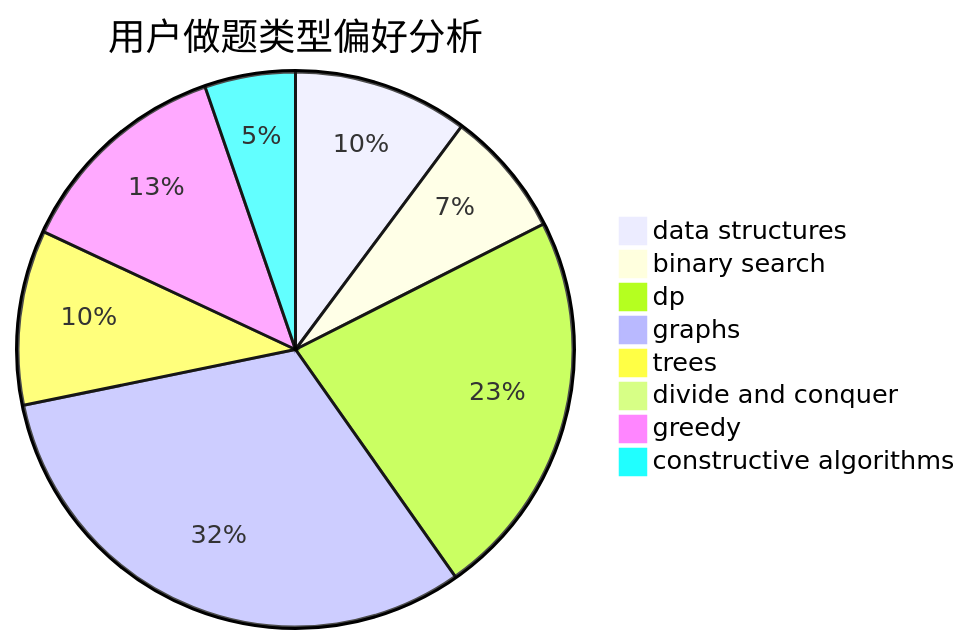
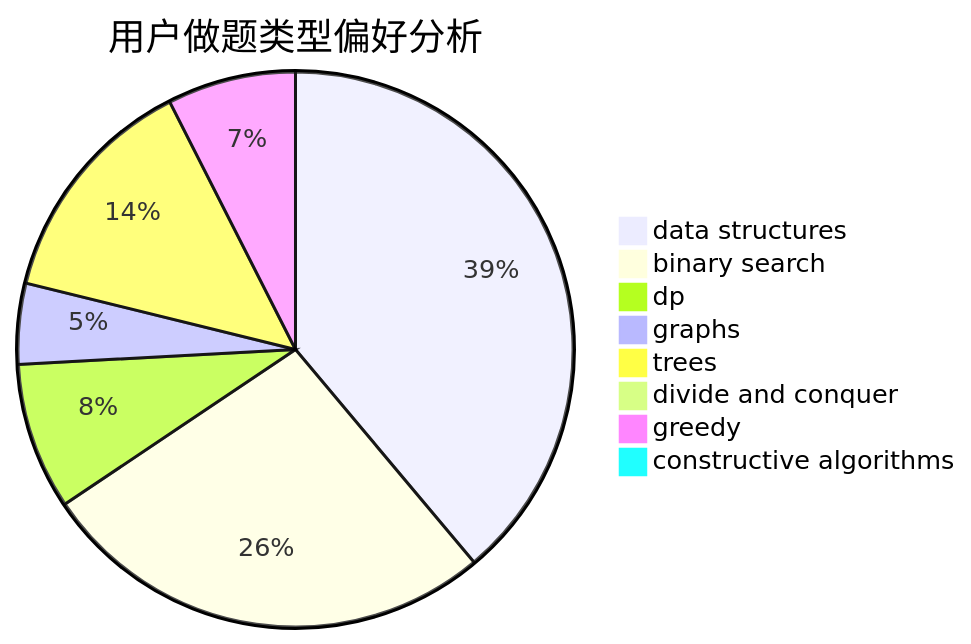
One commit to sherpahu/cfrs.github.io changed the second of 3 diagrams in docs/user/u487.md. Above: the diagram before and after it, drawn with Mermaid. The commit also changed other lines of this file and 2770 other files, not shown here.

````diff
--- a/docs/user/u487.md
+++ b/docs/user/u487.md
@@ -23,11 +23,11 @@
 ```mermaid
 pie title 用户做题类型偏好分析
-    "data structures" :  83
-    "binary search" :  60
-    "dp" :  185
-    "graphs" :  257
-    "trees" :  83
+    "data structures" :  182
+    "binary search" :  125
+    "dp" :  40
+    "graphs" :  22
+    "trees" :  64
     "divide and conquer" :  0
-    "greedy" :  104
-    "constructive algorithms" :  43
+    "greedy" :  35
+    "constructive algorithms" :  4
 ```
````
